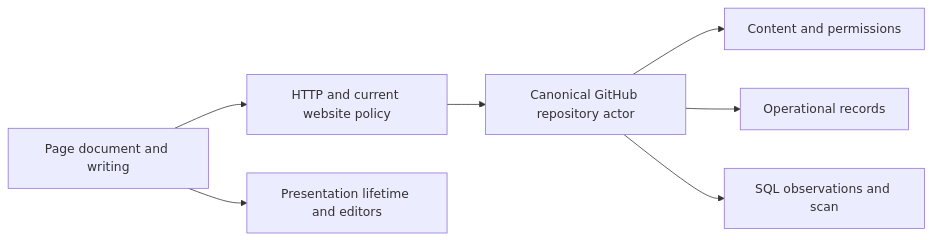
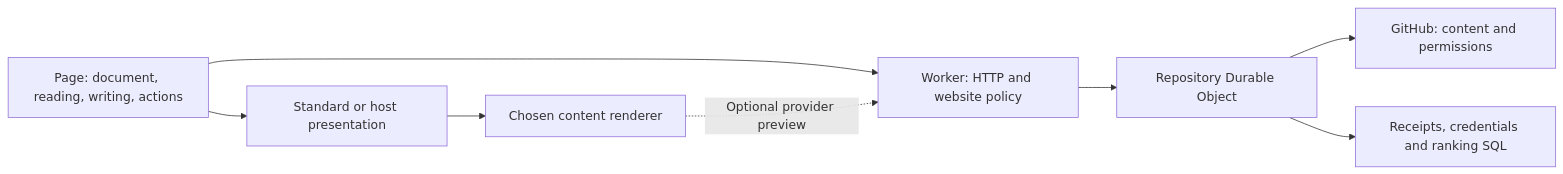
The diagram in docs/DESIGN.md (lumirth/giscusflare), drawn with Mermaid before and after one commit. The commit also changed other lines of this file and 64 other files, not shown here.

First line of the commit message:
Replace content, writing and reading ownership for 4.0 (#3)

````diff
--- a/docs/DESIGN.md
+++ b/docs/DESIGN.md
@@ -5,9 +5,10 @@
 ```mermaid
 flowchart LR
-  Page[Page document and writing] --> Worker[HTTP and current website policy]
-  Worker --> Actor[Canonical GitHub repository actor]
-  Actor --> GitHub[Content and permissions]
-  Actor --> Records[Operational records]
-  Actor --> Ranking[SQL observations and scan]
-  Page --> View[Presentation lifetime and editors]
+  Page[Page: document, reading, writing, actions] --> Worker[Worker: HTTP and website policy]
+  Worker --> Actor[Repository Durable Object]
+  Actor --> GitHub[GitHub: content and permissions]
+  Actor --> SQL[Receipts, credentials and ranking SQL]
+  Page --> View[Standard or host presentation]
+  View --> Content[Chosen content renderer]
+  Content -. Optional provider preview .-> Worker
 ```
````
